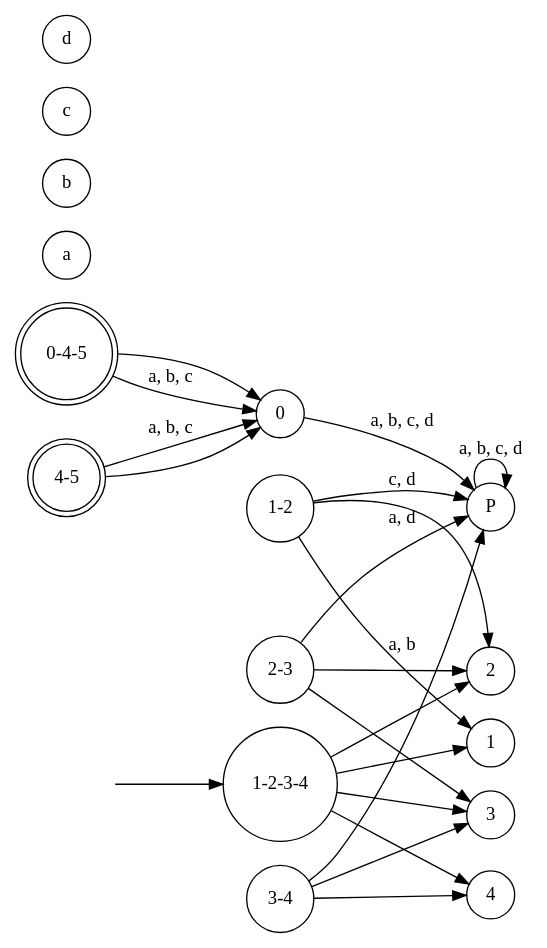
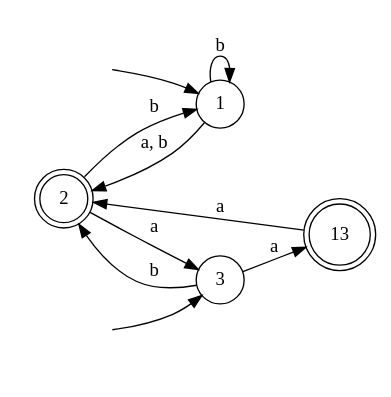
The diagram in dot/automata.dot (avivi55/FiniteAutomaton), drawn with Graphviz before and after one commit. The commit also changed 12 other files, not shown here.

```diff
--- a/dot/automata.dot
+++ b/dot/automata.dot
@@ -1,29 +1,19 @@
 digraph finite_state_machine { rankdir=LR
 	node [shape=doublecircle]
-	"4-5"
-	"0-4-5"
+	"2"
+	"13"
 
 	node [shape=circle]
 	fake0 [style=invisible]
-	fake0 -> "1-2-3-4"
+	fake0 -> "1"
+	fake1 [style=invisible]
+	fake1 -> "3"
 
-	"1-2-3-4" -> 1-2 [label="a"] 
-	"1-2-3-4" -> 2-3 [label="b"] 
-	"1-2-3-4" -> 3-4 [label="c"] 
-	"1-2-3-4" -> 4-5 [label="d"] 
-	"4-5" -> 0 [label="a, b, c"]
-	"4-5" -> 0-4-5 [label="d"]
-	"0-4-5" -> 0 [label="a, b, c"]
-	"0-4-5" -> 0-4-5 [label="d"]
-	"0" -> P [label="a, b, c, d"]
-	"2-3" -> P [label="a, d"]
-	"2-3" -> 2-3 [label="b"]
-	"2-3" -> 3-4 [label="c"]
-	"1-2" -> 1-2 [label="a"]
-	"1-2" -> 2-3 [label="b"]
-	"1-2" -> P [label="c, d"]
-	"3-4" -> P [label="a, b"]
-	"3-4" -> 3-4 [label="c"]
-	"3-4" -> 4-5 [label="d"]
-	"P" -> P [label="a, b, c, d"]
+	"1" -> "2" [label="a, b"] 
+	"1" -> "1" [label="b"] 
+	"2" -> "1" [label="b"] 
+	"2" -> "3" [label="a"] 
+	"3" -> "2" [label="b"] 
+	"3" -> "13" [label="a"] 
+	"13" -> "2" [label="a"] 
 }
```
